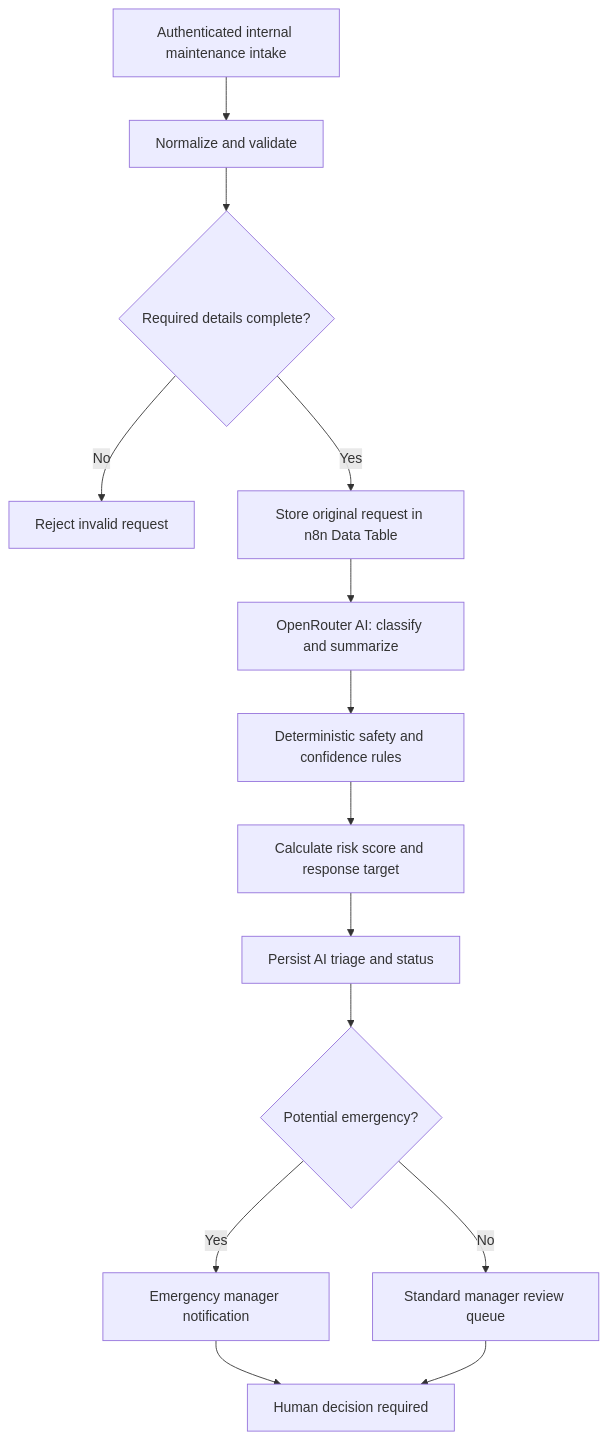
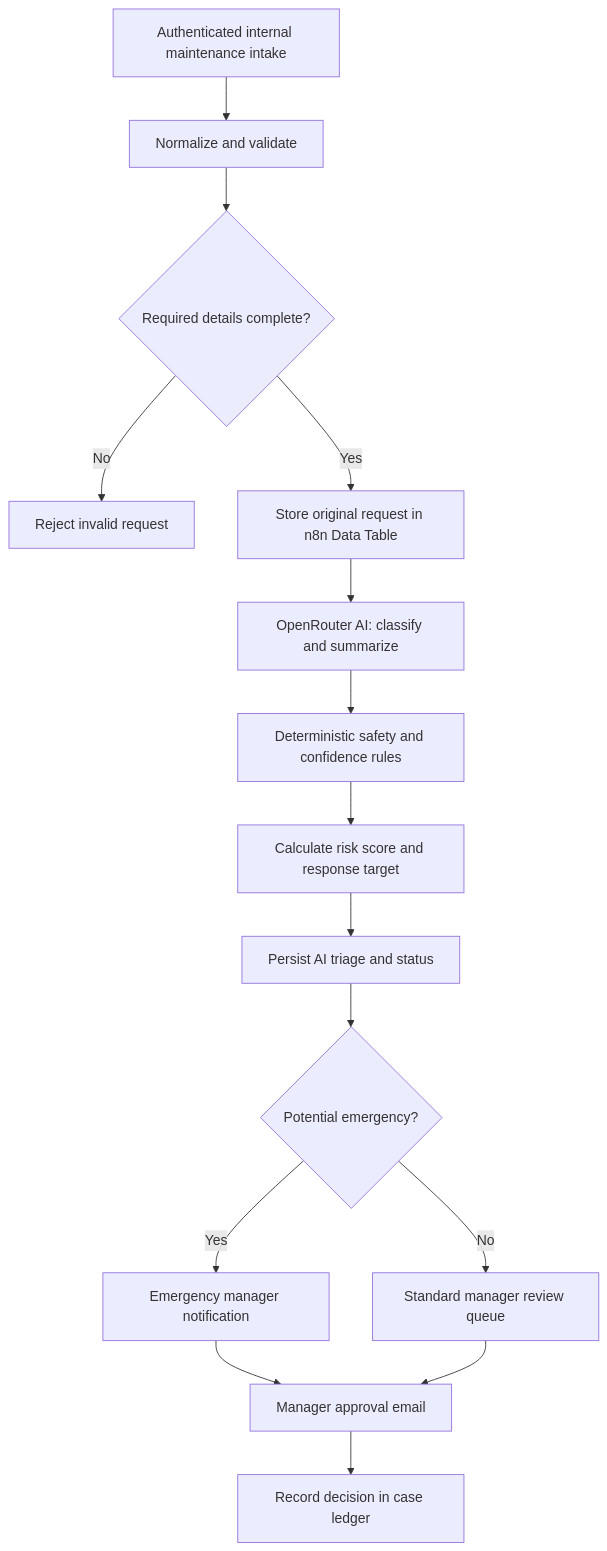
One commit to sanau0716/ai-automation-portfolio changed the diagram in n8n/propertyfix-ai-2/README.md. Above: the diagram before and after it, drawn with Mermaid. The commit also changed other lines of this file, not shown here.

Commit message:
docs: include manager decision tracking and known safety regression

````diff
--- a/n8n/propertyfix-ai-2/README.md
+++ b/n8n/propertyfix-ai-2/README.md
@@ -19,16 +19,17 @@
 ```mermaid
 flowchart TD
     A[Authenticated internal maintenance intake] --> B[Normalize and validate]
     B --> C{Required details complete?}
     C -- No --> X[Reject invalid request]
     C -- Yes --> D[Store original request in n8n Data Table]
     D --> E[OpenRouter AI: classify and summarize]
     E --> F[Deterministic safety and confidence rules]
     F --> G[Calculate risk score and response target]
     G --> H[Persist AI triage and status]
     H --> I{Potential emergency?}
     I -- Yes --> J[Emergency manager notification]
     I -- No --> K[Standard manager review queue]
-    J --> L[Human decision required]
+    J --> L[Manager approval email]
     K --> L
+    L --> M[Record decision in case ledger]
 ```
````
